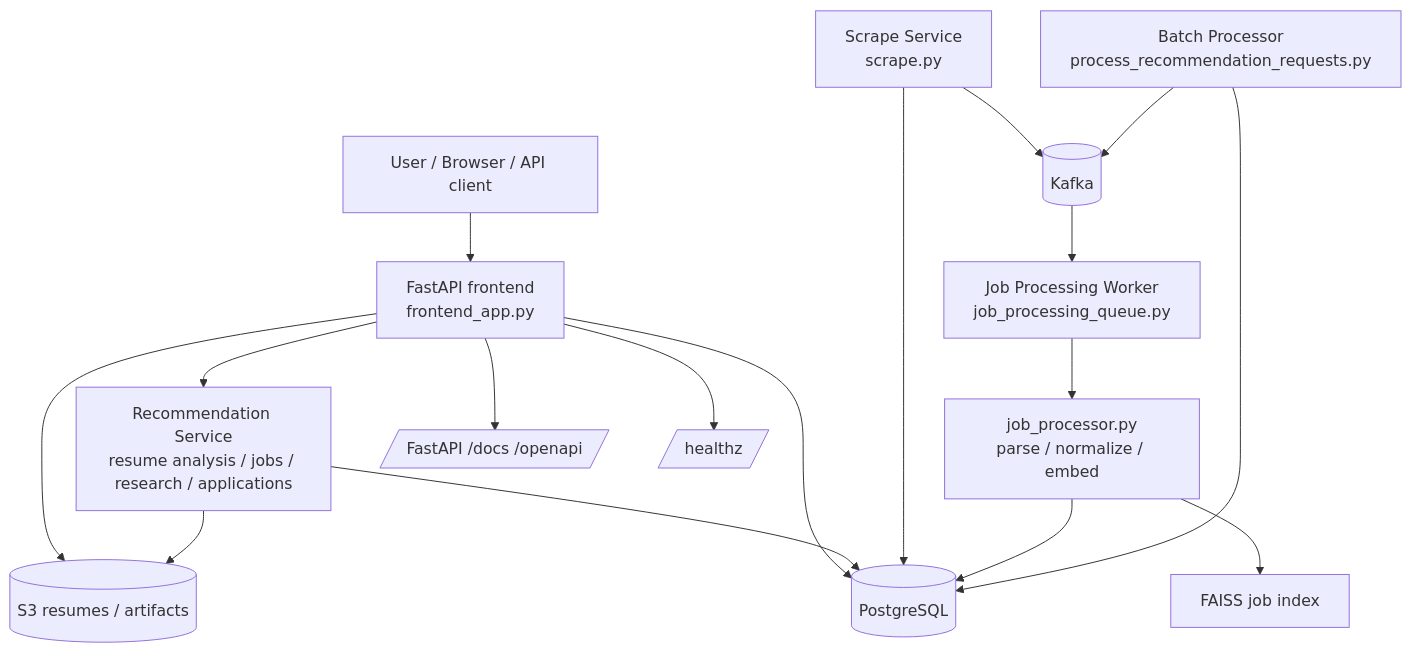
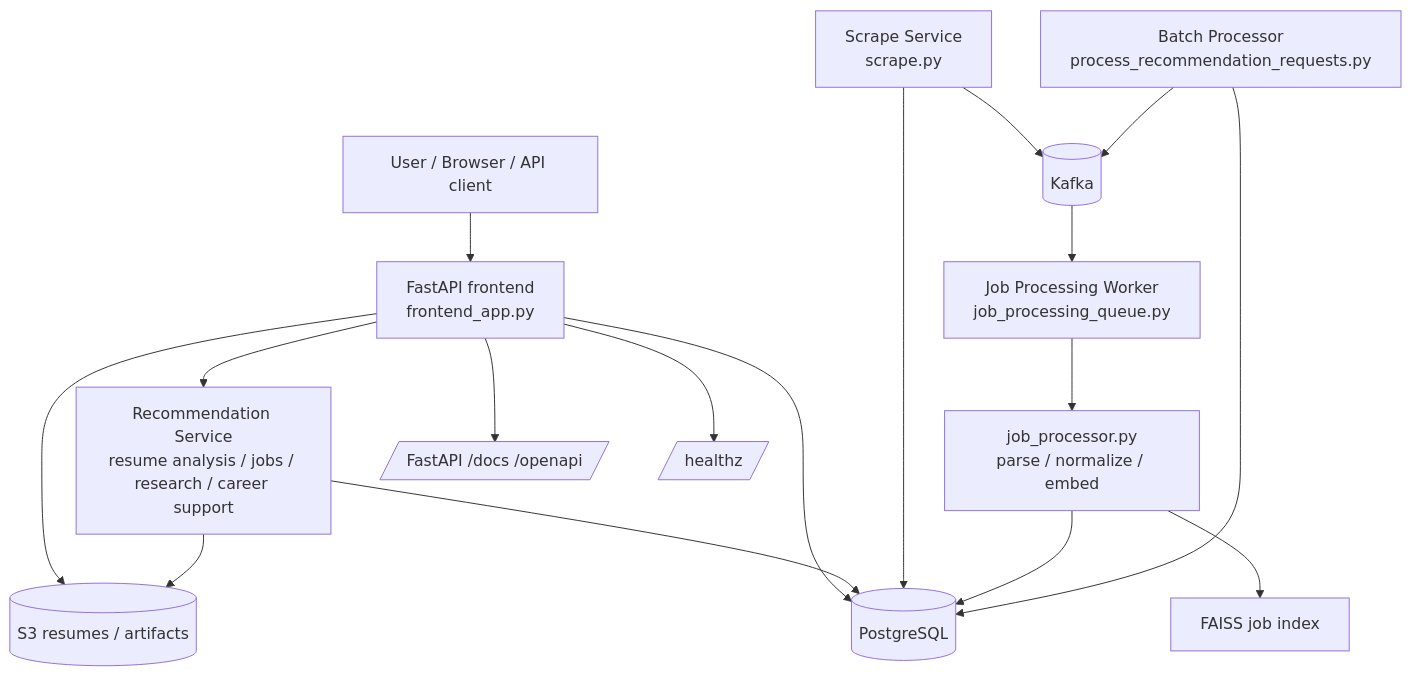
The diagram in hld.md (mmk0612/JobFinder.io), drawn with Mermaid before and after one commit. The commit also changed other lines of this file and 4 other files, not shown here.

````diff
--- a/hld.md
+++ b/hld.md
@@ -9,22 +9,22 @@
 ```mermaid
 flowchart TD
     U[User / Browser / API client] --> FE[FastAPI frontend\nfrontend_app.py]
     FE --> PG[(PostgreSQL)]
     FE --> S3[(S3 resumes / artifacts)]
-    FE --> R[Recommendation Service\nresume analysis / jobs / research / applications]
+    FE --> R[Recommendation Service\nresume analysis / jobs / research / career support]
     R --> PG
     R --> S3
 
     SCR[Scrape Service\nscrape.py] --> PG
     SCR --> K[(Kafka)]
     K --> W[Job Processing Worker\njob_processing_queue.py]
     W --> JP[job_processor.py\nparse / normalize / embed]
     JP --> PG
     JP --> IDX[FAISS job index]
 
     BATCH[Batch Processor\nprocess_recommendation_requests.py] --> PG
     BATCH --> K
 
     FE --> DOCS[/FastAPI /docs /openapi/]
     FE --> HEALTH[/healthz/]
 ```
````
